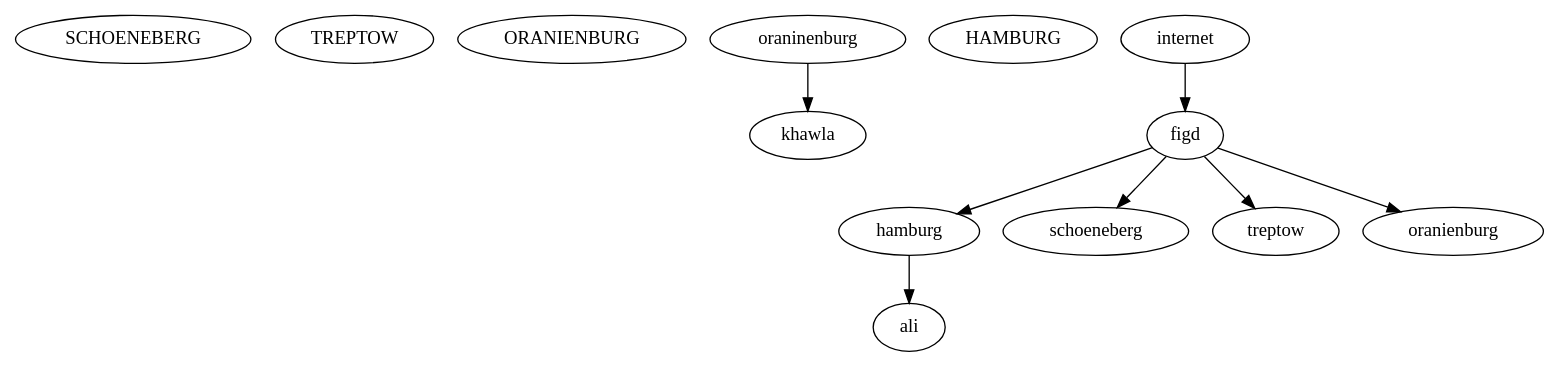
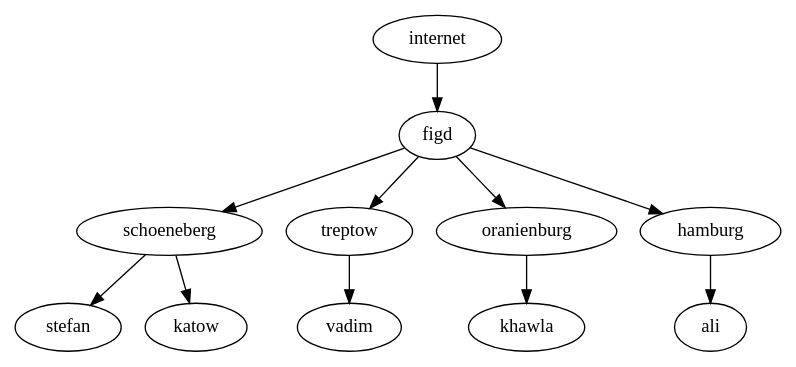
Before and after one commit to alihinnawe/java-challenges: the diagram in git/orte/netzwerk.dot, drawn with Graphviz. The commit also changed 6 other files, not shown here.

```diff
--- a/git/orte/netzwerk.dot
+++ b/git/orte/netzwerk.dot
@@ -1,12 +1,9 @@
 digraph Netzwerk {
 
-	SCHOENEBERG
-	TREPTOW
-	ORANIENBURG
-oraninenburg -> khawla  
-	HAMBURG 
+schoeneberg  -> {stefan katow}
+	treptow	-> vadim
+	oranienburg -> khawla  
 	hamburg	-> ali
- 
 	
 	internet -> figd -> {schoeneberg treptow oranienburg hamburg}
 }
```
